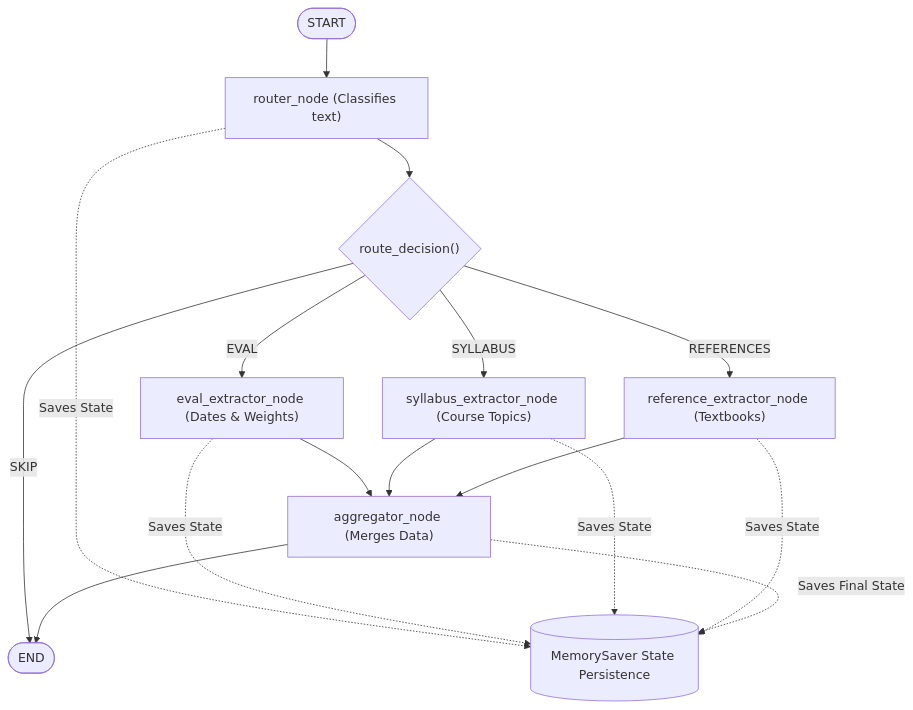
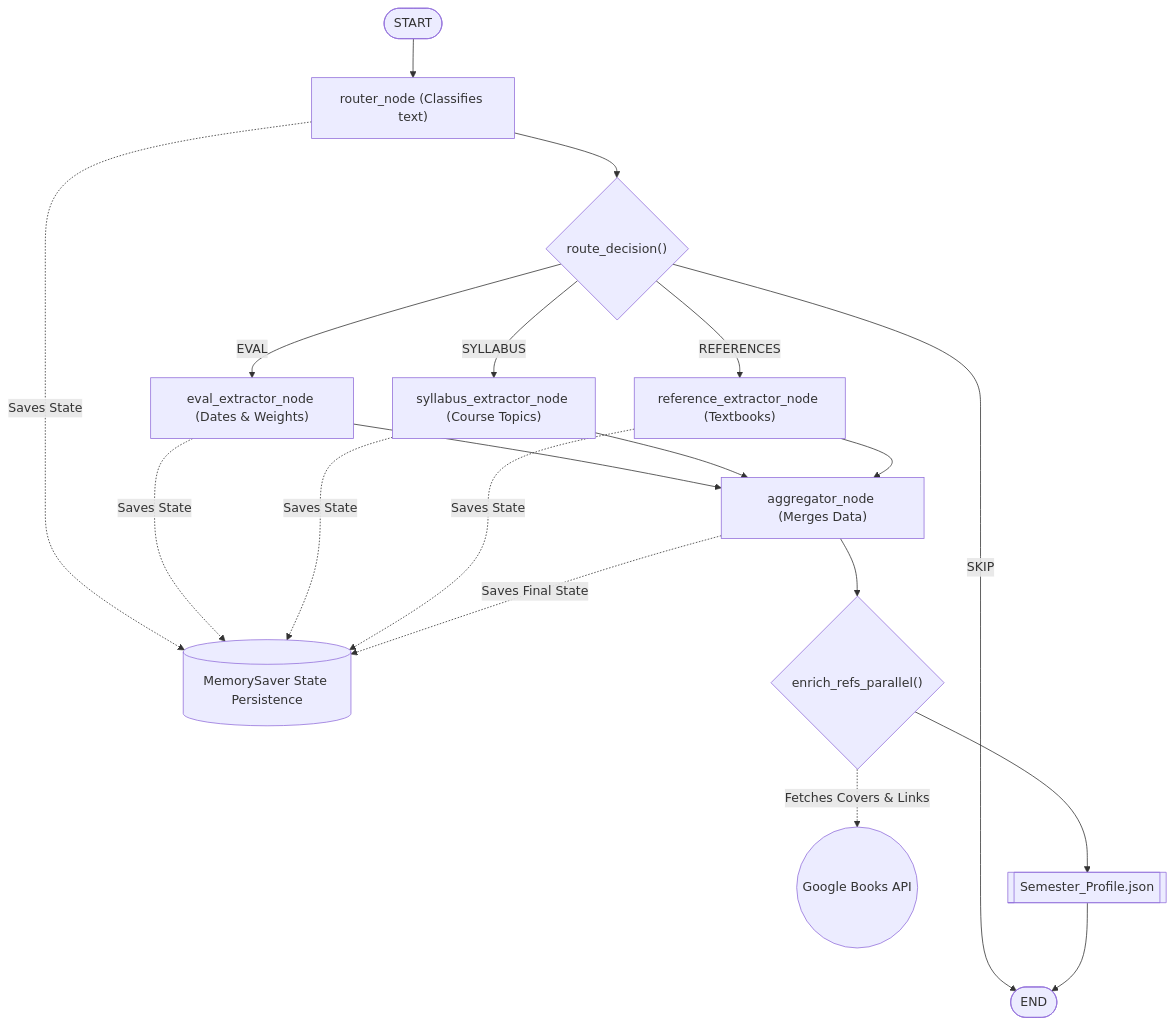
One commit to BlazingFire27/Handout_to_Calender changed the diagram in README.md. Above: the diagram before and after it, drawn with Mermaid.

Commit message:
readme updated with latest architecture

````diff
--- a/README.md
+++ b/README.md
@@ -60,26 +60,31 @@
 ```mermaid
 flowchart TD
     Checkpointer[(MemorySaver State Persistence)]
+    GoogleBooks((Google Books API))
+    JSONOut[[Semester_Profile.json]]
 
     START([START]) --> RouterNode["router_node (Classifies text)"]
 
     RouterNode --> RouteDecision{"route_decision()"}
 
     RouteDecision -- "EVAL" --> VisionEval["eval_extractor_node (Dates & Weights)"]
     RouteDecision -- "SYLLABUS" --> VisionSyllabus["syllabus_extractor_node (Course Topics)"]
     RouteDecision -- "REFERENCES" --> VisionReference["reference_extractor_node (Textbooks)"]
     RouteDecision -- "SKIP" --> END([END])
 
     VisionEval --> AggregatorNode["aggregator_node (Merges Data)"]
     VisionSyllabus --> AggregatorNode
     VisionReference --> AggregatorNode
 
-    AggregatorNode --> END
+    AggregatorNode --> PostProcess{"enrich_refs_parallel()"}
+    PostProcess -. "Fetches Covers & Links" .-> GoogleBooks
+    PostProcess --> JSONOut
+    JSONOut --> END
 
     %% Checkpointer connections to show state saving
     RouterNode -. "Saves State" .-> Checkpointer
     VisionEval -. "Saves State" .-> Checkpointer
     VisionSyllabus -. "Saves State" .-> Checkpointer
     VisionReference -. "Saves State" .-> Checkpointer
     AggregatorNode -. "Saves Final State" .-> Checkpointer
 ```
````
